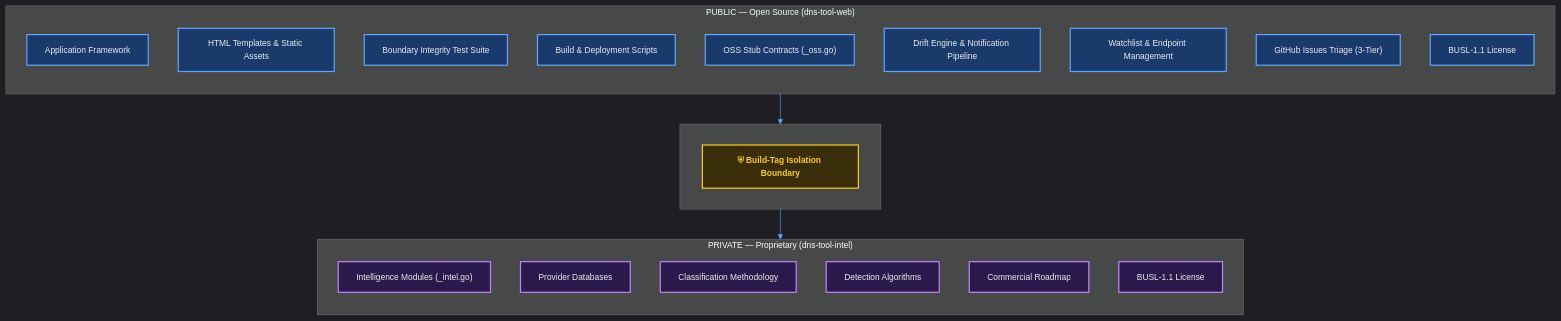
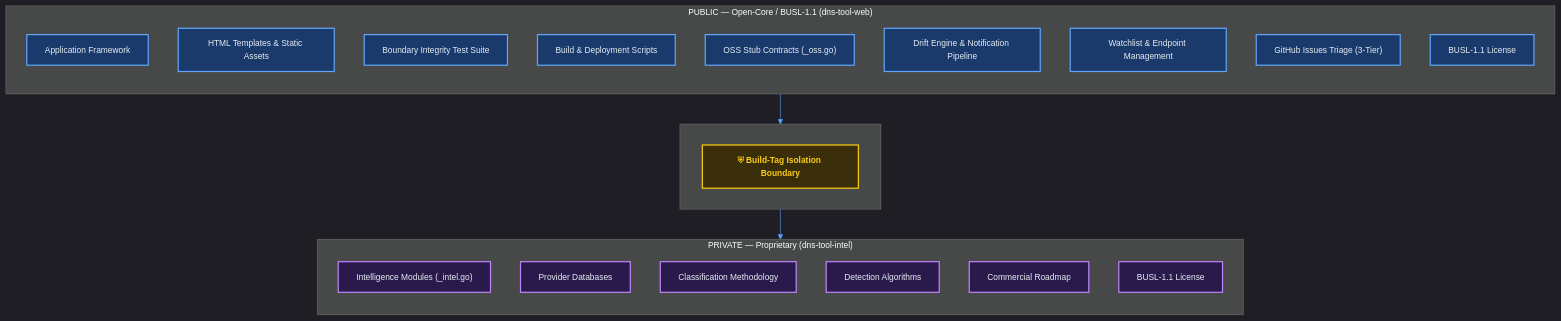
The diagram in docs/diagrams/open-core-architecture.mmd (IT-Help-San-Diego/dns-tool-web), drawn with Mermaid before and after one commit. The commit also changed 8 other files, not shown here.

First line of the commit message:
Update project references from "open source" to "open-core"

```diff
--- a/docs/diagrams/open-core-architecture.mmd
+++ b/docs/diagrams/open-core-architecture.mmd
@@ -1,36 +1,36 @@
 %%{ init: { 'theme': 'dark', 'themeVariables': { 'primaryColor': '#1e3a5f', 'primaryTextColor': '#e6edf3', 'primaryBorderColor': '#58a6ff', 'lineColor': '#58a6ff', 'secondaryColor': '#0c1018', 'tertiaryColor': '#111720', 'fontSize': '14px' } } }%%
 graph TB
-    subgraph public["PUBLIC — Open Source (dns-tool-web)"]
+    subgraph public["PUBLIC — Open-Core / BUSL-1.1 (dns-tool-web)"]
         direction TB
         FW["Application Framework"]:::blue
         TPL["HTML Templates &amp; Static Assets"]:::blue
         TEST["Boundary Integrity Test Suite"]:::blue
         BUILD["Build &amp; Deployment Scripts"]:::blue
         STUB["OSS Stub Contracts (_oss.go)"]:::blue
         DRIFT["Drift Engine &amp; Notification Pipeline"]:::blue
         WATCH["Watchlist &amp; Endpoint Management"]:::blue
         TRIAGE["GitHub Issues Triage (3-Tier)"]:::blue
         LIC1["BUSL-1.1 License"]:::blue
     end
 
     subgraph boundary[" "]
         direction LR
         WALL["⛨ Build-Tag Isolation Boundary"]:::wall
     end
 
     subgraph private["PRIVATE — Proprietary (dns-tool-intel)"]
         direction TB
         INTEL["Intelligence Modules (_intel.go)"]:::purple
         PROV["Provider Databases"]:::purple
         CLASS["Classification Methodology"]:::purple
         DETECT["Detection Algorithms"]:::purple
         ROAD["Commercial Roadmap"]:::purple
         LIC2["BUSL-1.1 License"]:::purple
     end
 
     public --> boundary
     boundary --> private
 
     classDef blue fill:#1a3a6b,stroke:#60a5fa,stroke-width:2px,color:#e6edf3
     classDef purple fill:#2a1a4b,stroke:#c084fc,stroke-width:2px,color:#e6edf3
     classDef wall fill:#3a2e0a,stroke:#facc15,stroke-width:2px,color:#facc15,font-weight:bold
```
